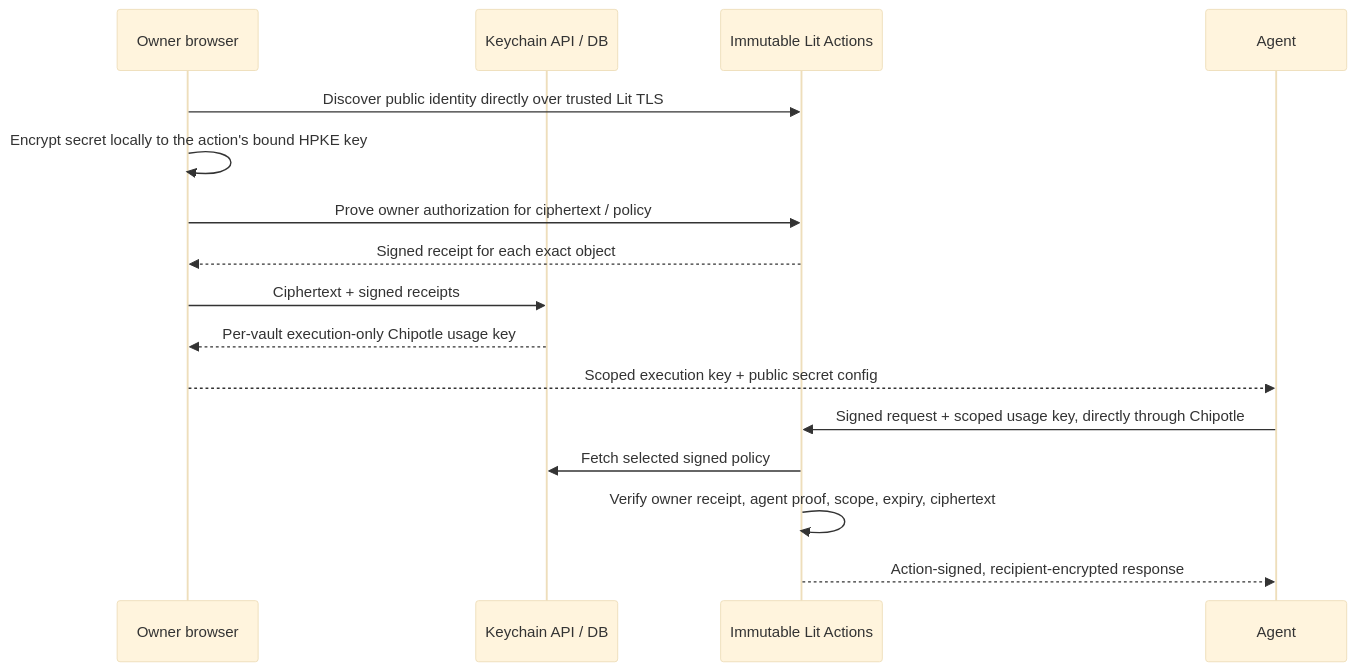
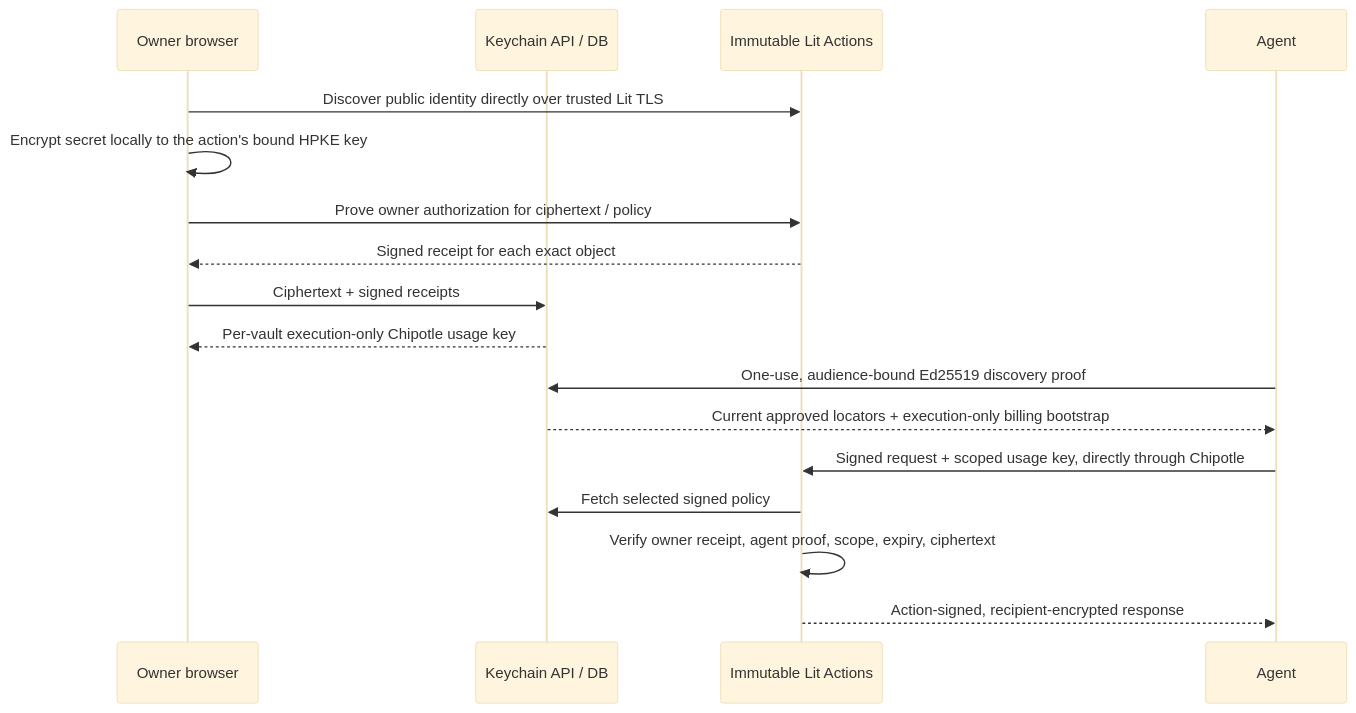
The diagram in lit-agent-keychain/README.md (LIT-Protocol/chipotle), drawn with Mermaid (base theme) before and after one commit. The commit also changed other lines of this file and 38 other files, not shown here.

Commit message:
feat(keychain): discover live agent approvals without config downloads

````diff
--- a/lit-agent-keychain/README.md
+++ b/lit-agent-keychain/README.md
@@ -11,18 +11,19 @@
 ```mermaid
 sequenceDiagram
     participant Owner as Owner browser
     participant API as Keychain API / DB
     participant Lit as Immutable Lit Actions
     participant Agent
     Owner->>Lit: Discover public identity directly over trusted Lit TLS
     Owner->>Owner: Encrypt secret locally to the action's bound HPKE key
     Owner->>Lit: Prove owner authorization for ciphertext / policy
     Lit-->>Owner: Signed receipt for each exact object
     Owner->>API: Ciphertext + signed receipts
     API-->>Owner: Per-vault execution-only Chipotle usage key
-    Owner-->>Agent: Scoped execution key + public secret config
+    Agent->>API: One-use, audience-bound Ed25519 discovery proof
+    API-->>Agent: Current approved locators + execution-only billing bootstrap
     Agent->>Lit: Signed request + scoped usage key, directly through Chipotle
     Lit->>API: Fetch selected signed policy
     Lit->>Lit: Verify owner receipt, agent proof, scope, expiry, ciphertext
     Lit-->>Agent: Action-signed, recipient-encrypted response
 ```
````
